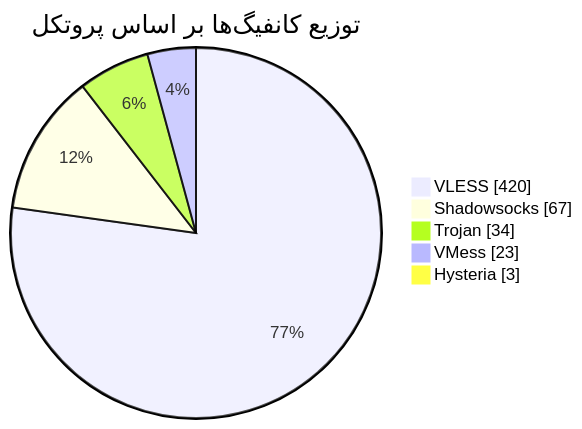
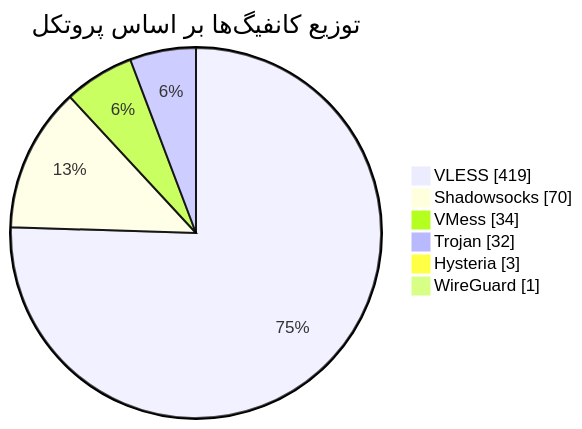
The diagram in README.md (Arian-Alijani/Somthing), drawn with Mermaid before and after one commit. The commit also changed other lines of this file and 83 other files, not shown here.

````diff
--- a/README.md
+++ b/README.md
@@ -47,9 +48,10 @@
 ```mermaid
 pie showData
     title توزیع کانفیگ‌ها بر اساس پروتکل
-    "VLESS" : 420
-    "Shadowsocks" : 67
-    "Trojan" : 34
-    "VMess" : 23
+    "VLESS" : 419
+    "Shadowsocks" : 70
+    "VMess" : 34
+    "Trojan" : 32
     "Hysteria" : 3
+    "WireGuard" : 1
 ```
````
